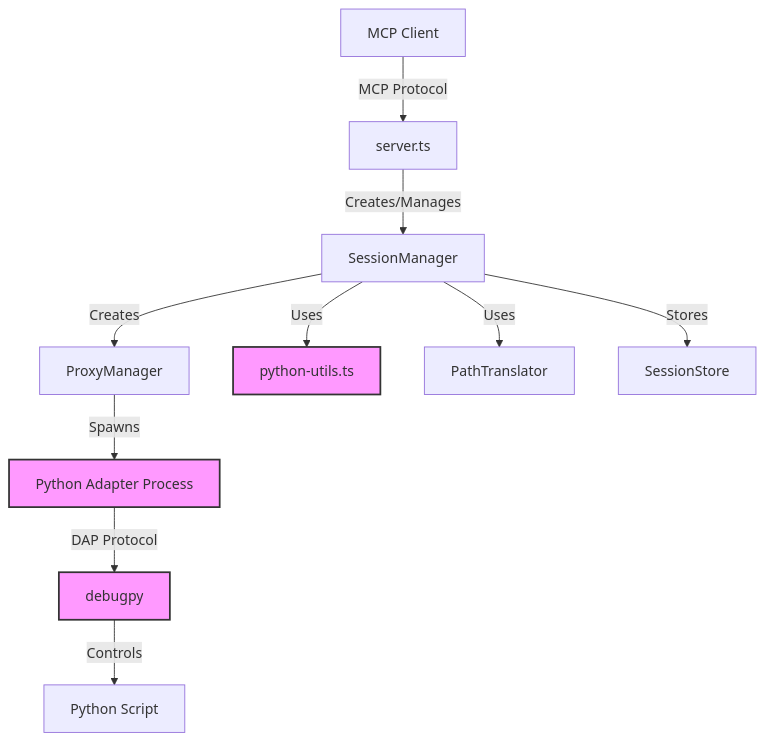
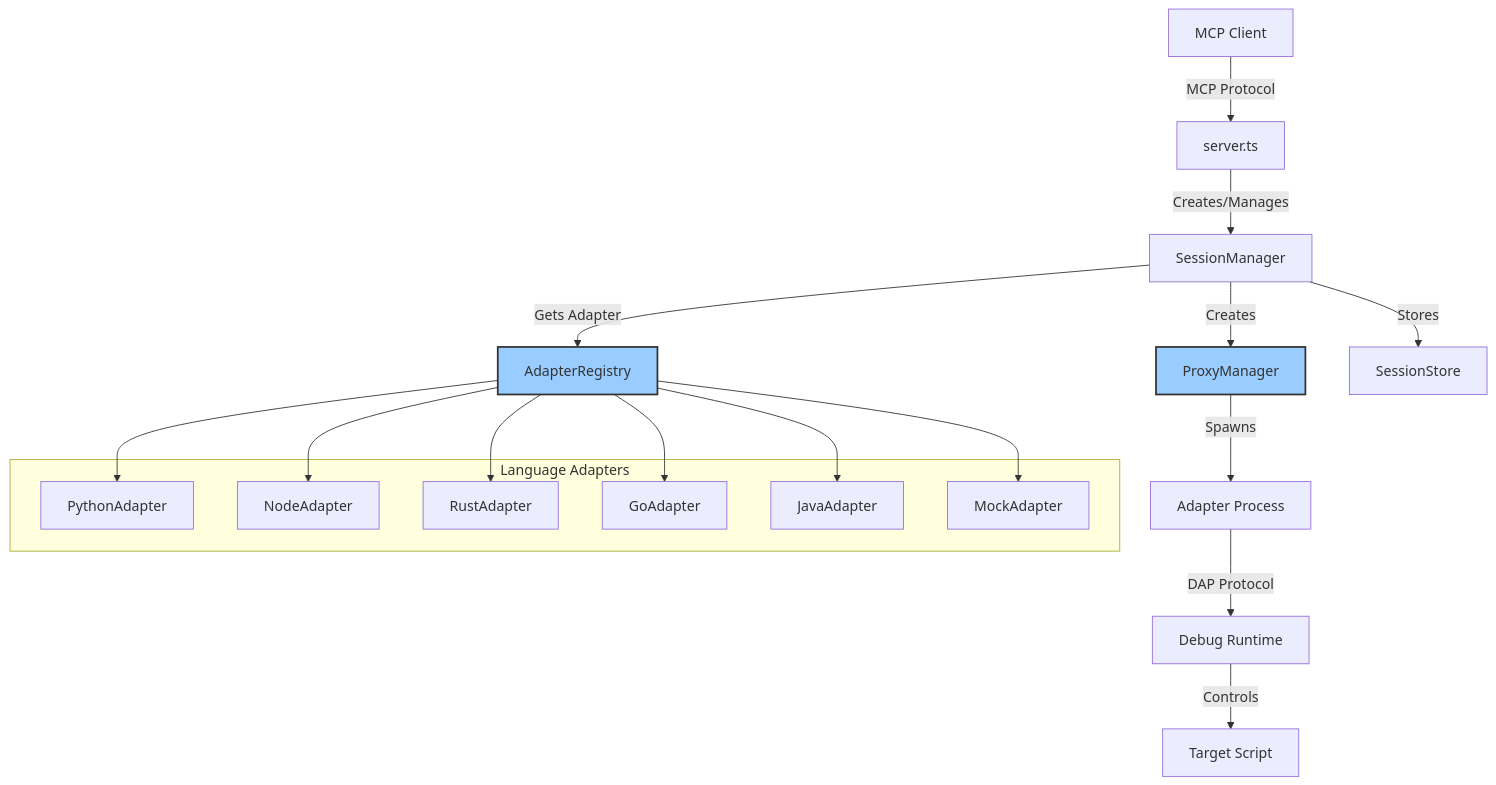
The first of 7 diagrams in docs/architecture/current-component-diagram.md (debugmcp/mcp-debugger), drawn with Mermaid before and after one commit. The commit also changed other lines of this file and 129 other files, not shown here.

````diff
--- a/docs/architecture/current-component-diagram.md
+++ b/docs/architecture/current-component-diagram.md
@@ -5,21 +7,31 @@
 ```mermaid
 graph TD
     Client[MCP Client] -->|MCP Protocol| Server[server.ts]
     Server -->|Creates/Manages| SM[SessionManager]
+    SM -->|Gets Adapter| AR[AdapterRegistry]
     SM -->|Creates| PM[ProxyManager]
-    PM -->|Spawns| PA[Python Adapter Process]
-    PA -->|DAP Protocol| DP[debugpy]
-    DP -->|Controls| PY[Python Script]
-    
-    SM -->|Uses| PU[python-utils.ts]
-    SM -->|Uses| PT[PathTranslator]
+    PM -->|Spawns| AP[Adapter Process]
+    AP -->|DAP Protocol| DR[Debug Runtime]
+    DR -->|Controls| TS[Target Script]
+
     SM -->|Stores| SS[SessionStore]
-    
-    style PA fill:#f9f,stroke:#333,stroke-width:2px
-    style DP fill:#f9f,stroke:#333,stroke-width:2px
-    style PU fill:#f9f,stroke:#333,stroke-width:2px
-    
-    classDef pythonSpecific fill:#f9f,stroke:#333,stroke-width:2px
-    classDef coreComponent fill:#9cf,stroke:#333,stroke-width:2px
-    classDef protocol fill:#ff9,stroke:#333,stroke-width:2px
+
+    subgraph "Language Adapters"
+        PA[PythonAdapter]
+        NA[NodeAdapter]
+        RA[RustAdapter]
+        GA[GoAdapter]
+        JA[JavaAdapter]
+        MA[MockAdapter]
+    end
+
+    AR --> PA
+    AR --> NA
+    AR --> RA
+    AR --> GA
+    AR --> JA
+    AR --> MA
+
+    style AR fill:#9cf,stroke:#333,stroke-width:2px
+    style PM fill:#9cf,stroke:#333,stroke-width:2px
 ```
````
